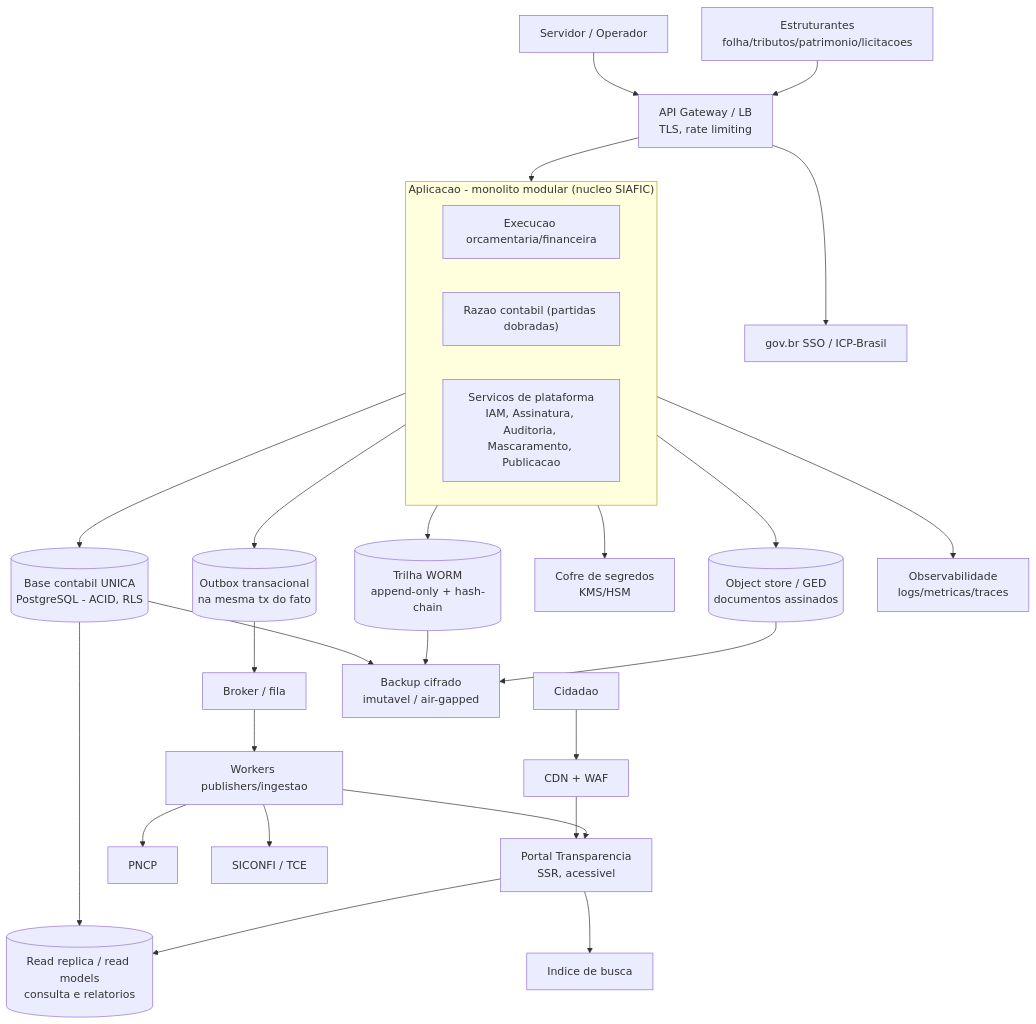
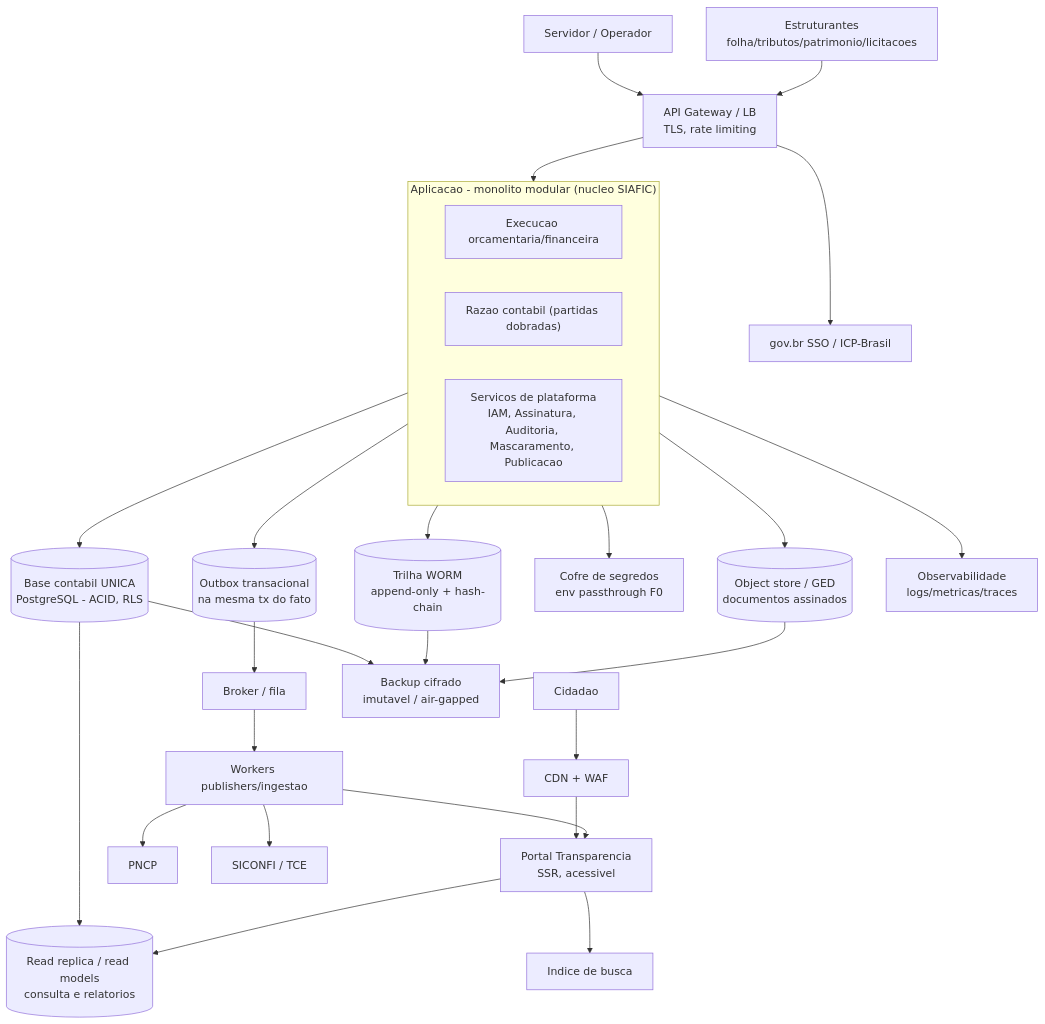
The diagram in docs/arquitetura-tecnica/README.md (nashjunior/contabil), drawn with Mermaid before and after one commit. The commit also changed other lines of this file and 120 other files, not shown here.

````diff
--- a/docs/arquitetura-tecnica/README.md
+++ b/docs/arquitetura-tecnica/README.md
@@ -35,37 +35,37 @@
 ```mermaid
 flowchart TB
     CID["Cidadao"] --> CDN["CDN + WAF"]
     OP["Servidor / Operador"] --> GW["API Gateway / LB<br/>TLS, rate limiting"]
     EST["Estruturantes<br/>folha/tributos/patrimonio/licitacoes"] --> GW
 
     CDN --> PORTAL["Portal Transparencia<br/>SSR, acessivel"]
     GW --> APP
 
     subgraph APP["Aplicacao - monolito modular (nucleo SIAFIC)"]
       EXEC["Execucao orcamentaria/financeira"]
       RAZAO["Razao contabil (partidas dobradas)"]
       PLAT["Servicos de plataforma<br/>IAM, Assinatura, Auditoria, Mascaramento, Publicacao"]
     end
 
     APP --> DB[("Base contabil UNICA<br/>PostgreSQL - ACID, RLS")]
     APP --> OUTBOX[("Outbox transacional<br/>na mesma tx do fato")]
     APP --> AUD[("Trilha WORM<br/>append-only + hash-chain")]
-    APP --> VAULT["Cofre de segredos<br/>KMS/HSM"]
+    APP --> VAULT["Cofre de segredos<br/>env passthrough F0"]
     APP --> OBJ[("Object store / GED<br/>documentos assinados")]
 
     OUTBOX --> BROKER["Broker / fila"]
     BROKER --> WPUB["Workers publishers/ingestao"]
     WPUB --> PORTAL
     WPUB --> PNCP["PNCP"]
     WPUB --> SIC["SICONFI / TCE"]
     GW --> IDP["gov.br SSO / ICP-Brasil"]
 
     DB --> REPLICA[("Read replica / read models<br/>consulta e relatorios")]
     PORTAL --> REPLICA
     PORTAL --> SEARCH["Indice de busca"]
 
     APP --> OBS["Observabilidade<br/>logs/metricas/traces"]
     DB --> BKP["Backup cifrado<br/>imutavel / air-gapped"]
     AUD --> BKP
     OBJ --> BKP
 ```
````
